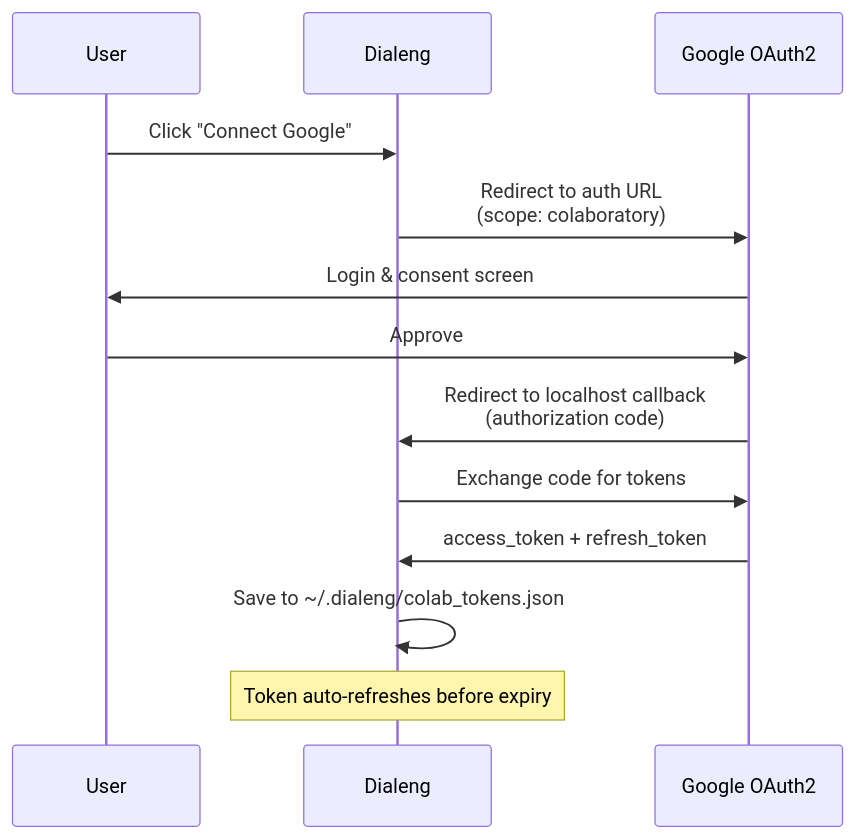
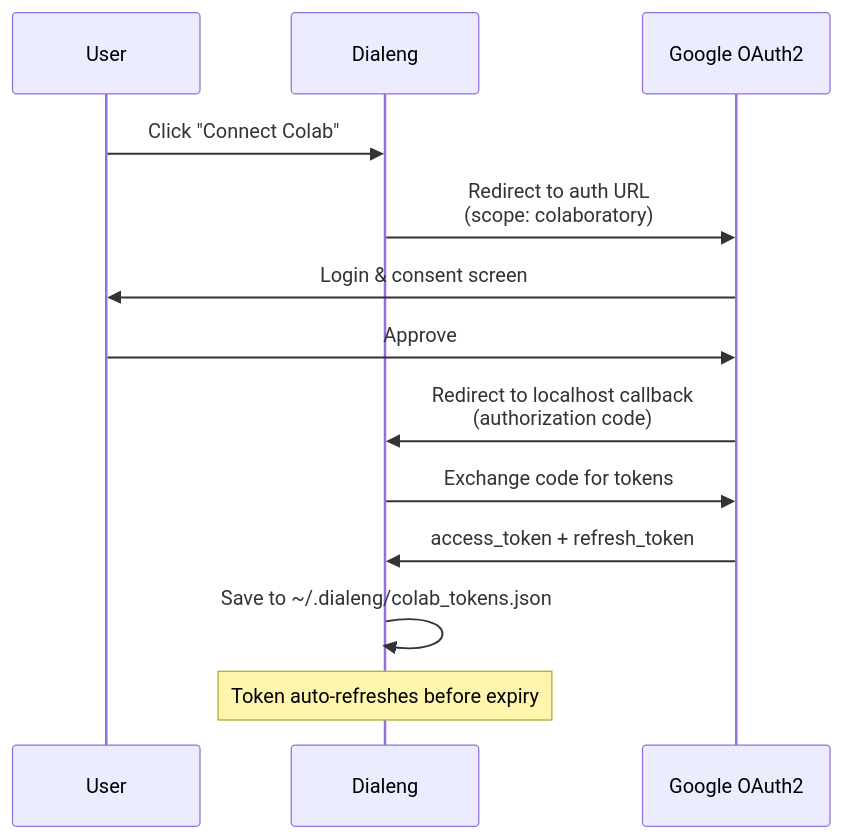
Before and after one commit to sgaseretto/solveish: the third of 9 diagrams in docs/how_it_works/12_colab_kernel.md, drawn with Mermaid. The commit also changed other lines of this file and 9 other files, not shown here.

````diff
--- a/docs/how_it_works/12_colab_kernel.md
+++ b/docs/how_it_works/12_colab_kernel.md
@@ -108,17 +109,17 @@
 ```mermaid
 sequenceDiagram
     participant User
     participant Dialeng
     participant Google as Google OAuth2
 
-    User->>Dialeng: Click "Connect Google"
+    User->>Dialeng: Click "Connect Colab"
     Dialeng->>Google: Redirect to auth URL<br/>(scope: colaboratory)
     Google->>User: Login & consent screen
     User->>Google: Approve
     Google->>Dialeng: Redirect to localhost callback<br/>(authorization code)
     Dialeng->>Google: Exchange code for tokens
     Google->>Dialeng: access_token + refresh_token
     Dialeng->>Dialeng: Save to ~/.dialeng/colab_tokens.json
 
     Note over Dialeng: Token auto-refreshes before expiry
 ```
````
